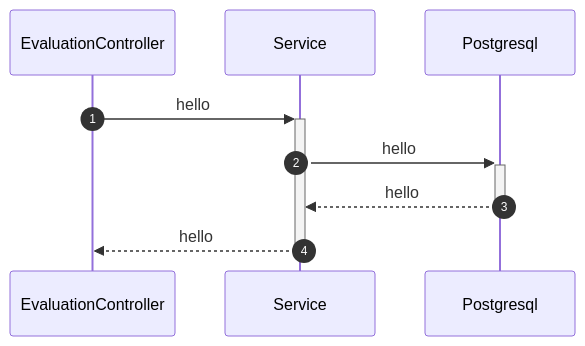
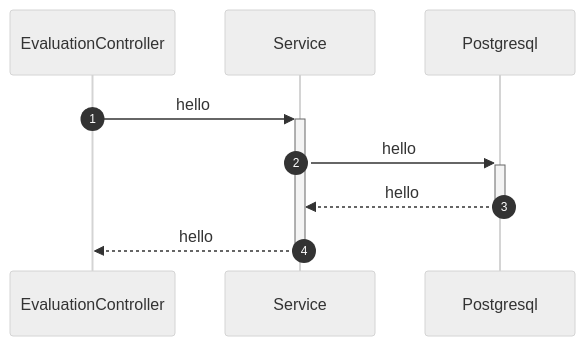
One commit to habibbhutto/speech-analytics-service changed the third of 7 diagrams in src/controllers/evaluation.controller.md. Above: the diagram before and after it, drawn with Mermaid. The commit also changed other lines of this file, not shown here.

````diff
--- a/src/controllers/evaluation.controller.md
+++ b/src/controllers/evaluation.controller.md
@@ -1,8 +17,14 @@
 ```mermaid
+---
+config:
+  look: handDrawn
+  theme: neutral
+---
+
 sequenceDiagram
     autonumber
     EvaluationController->>+Service: hello
     Service->>+Postgresql: hello
     Postgresql-->>-Service: hello
     Service-->>-EvaluationController: hello
 ```
````
